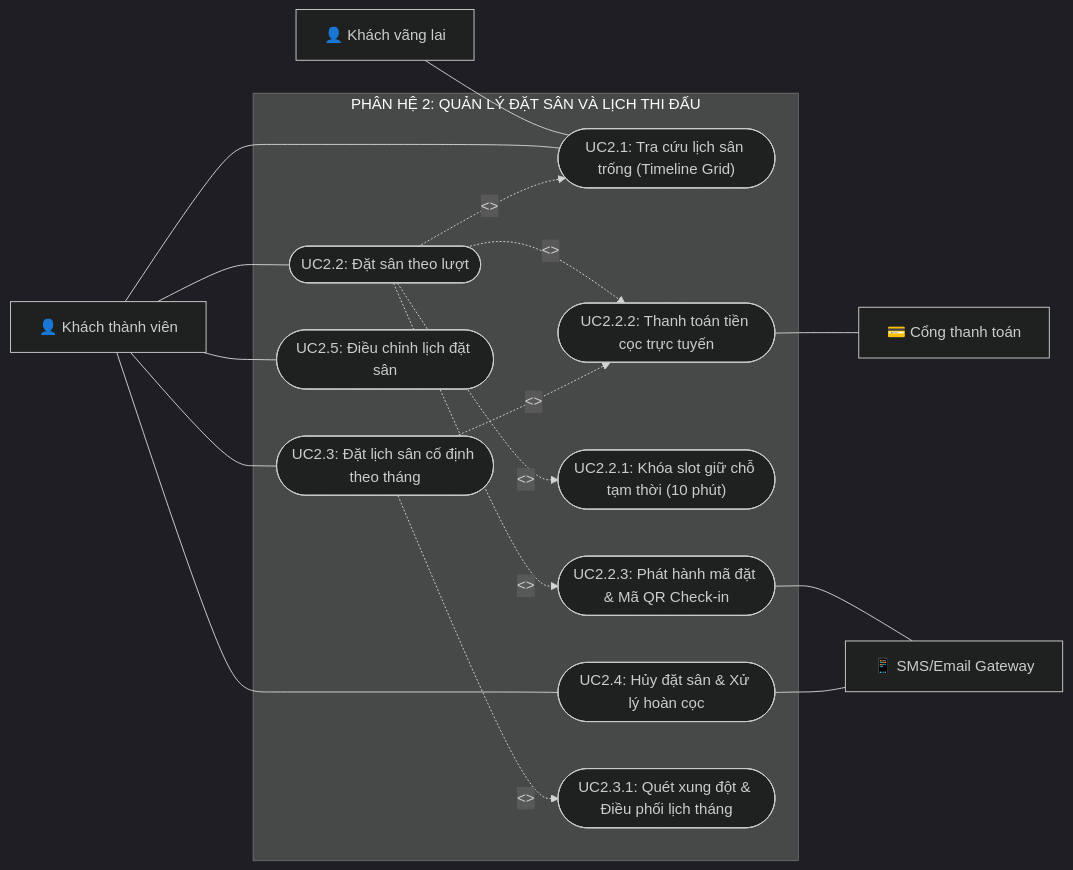
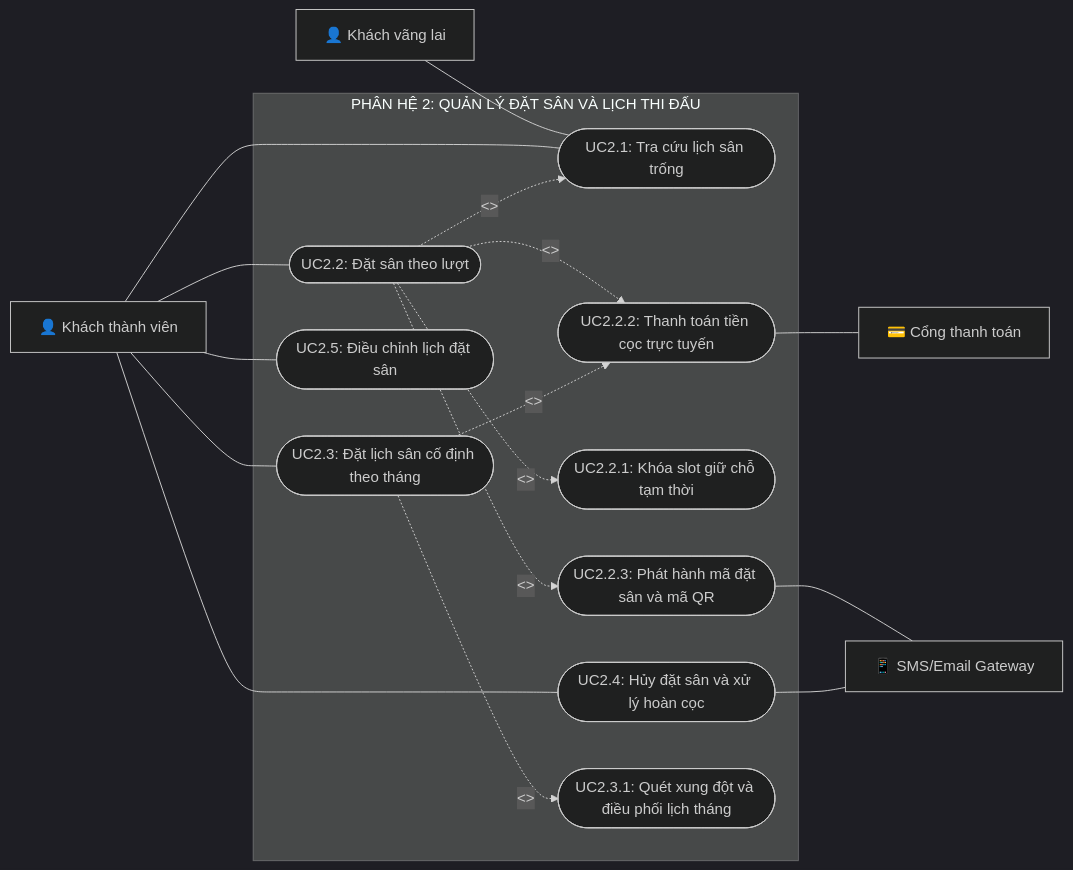
The fourth of 7 diagrams in BTH/BTH3_UsecaseDiagram/BTH3_UsecaseDiagram.md (nphat-code/DoAn-OOAD-SGU), drawn with Mermaid (dark theme) before and after one commit. The commit also changed other lines of this file and 2 other files, not shown here.

````diff
--- a/BTH/BTH3_UsecaseDiagram/BTH3_UsecaseDiagram.md
+++ b/BTH/BTH3_UsecaseDiagram/BTH3_UsecaseDiagram.md
@@ -147,41 +147,41 @@
 ```mermaid
 flowchart LR
     Guest["👤 Khách vãng lai"]
     Customer["👤 Khách thành viên"]
     PaymentGW["💳 Cổng thanh toán"]
     NotifyGW["📱 SMS/Email Gateway"]
 
     subgraph Subsystem2 ["PHÂN HỆ 2: QUẢN LÝ ĐẶT SÂN VÀ LỊCH THI ĐẤU"]
-        UC21(["UC2.1: Tra cứu lịch sân trống (Timeline Grid)"])
+        UC21(["UC2.1: Tra cứu lịch sân trống"])
         UC22(["UC2.2: Đặt sân theo lượt"])
         UC23(["UC2.3: Đặt lịch sân cố định theo tháng"])
-        UC24(["UC2.4: Hủy đặt sân & Xử lý hoàn cọc"])
+        UC24(["UC2.4: Hủy đặt sân và xử lý hoàn cọc"])
         UC25(["UC2.5: Điều chỉnh lịch đặt sân"])
 
         %% Supporting & Included Use Cases
-        UC_Lock(["UC2.2.1: Khóa slot giữ chỗ tạm thời (10 phút)"])
+        UC_Lock(["UC2.2.1: Khóa slot giữ chỗ tạm thời"])
         UC_Deposit(["UC2.2.2: Thanh toán tiền cọc trực tuyến"])
-        UC_GenQR(["UC2.2.3: Phát hành mã đặt & Mã QR Check-in"])
-        UC_CheckConflict(["UC2.3.1: Quét xung đột & Điều phối lịch tháng"])
+        UC_GenQR(["UC2.2.3: Phát hành mã đặt sân và mã QR"])
+        UC_CheckConflict(["UC2.3.1: Quét xung đột và điều phối lịch tháng"])
     end
 
     Guest --- UC21
     Customer --- UC21
     Customer --- UC22
     Customer --- UC23
     Customer --- UC24
     Customer --- UC25
 
     %% Includes & Extends
     UC22 -.->|<<include>>| UC21
     UC22 -.->|<<include>>| UC_Lock
     UC22 -.->|<<include>>| UC_Deposit
     UC22 -.->|<<include>>| UC_GenQR
 
     UC23 -.->|<<include>>| UC_CheckConflict
     UC23 -.->|<<include>>| UC_Deposit
 
     UC_Deposit --- PaymentGW
     UC_GenQR --- NotifyGW
     UC24 --- NotifyGW
 ```
````
